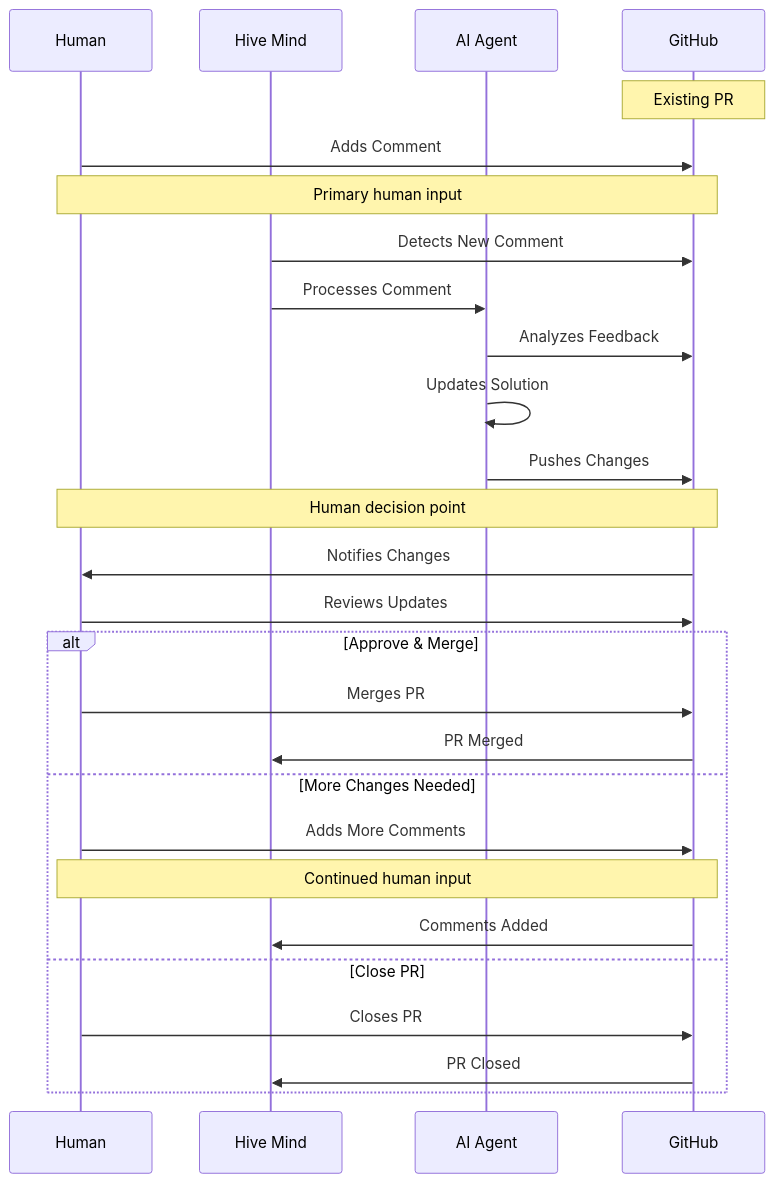
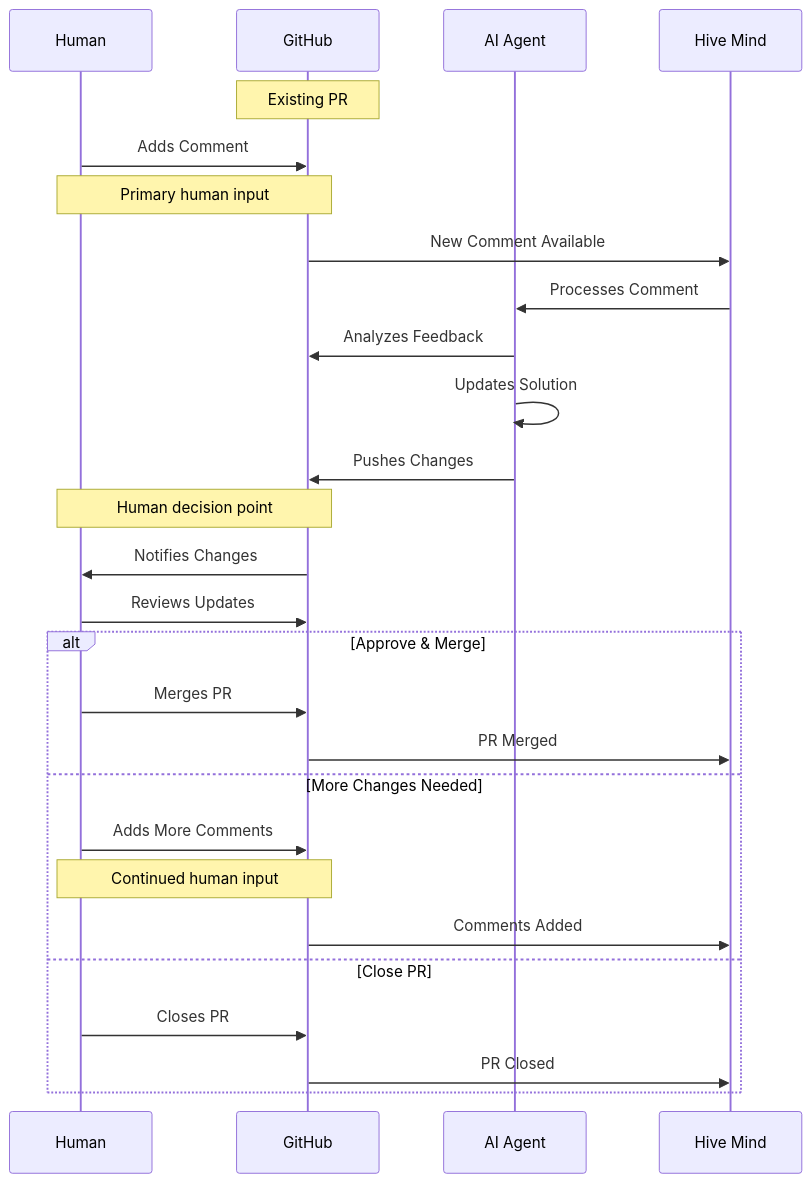
Before and after one commit to PeterMotorniy/auto-programmer: the fourth of 6 diagrams in docs/flow.md, drawn with Mermaid. The commit also changed other lines of this file and 2 other files, not shown here.

Commit message:
Update README.md and FLOW.md documentation
- Remove High-Level System Architecture section from README.md
- Update sequence diagram order in both README.md and flow.md to: Human → GitHub → AI Agent → Hive Mind
- Ensure sequence diagrams correctly represent basic flows in the code

Fixes #246

🤖 Generated with [Claude Code](https://claude.ai/code)

````diff
--- a/docs/flow.md
+++ b/docs/flow.md
@@ -201,33 +201,33 @@
 ```mermaid
 sequenceDiagram
     participant H as Human
+    participant GH as GitHub
+    participant AI as AI Agent
     participant HM as Hive Mind
-    participant AI as AI Agent
-    participant GH as GitHub
 
     Note over GH: Existing PR
     H->>GH: Adds Comment
     Note over H,GH: Primary human input
 
-    HM->>GH: Detects New Comment
+    GH->>HM: New Comment Available
     HM->>AI: Processes Comment
     AI->>GH: Analyzes Feedback
     AI->>AI: Updates Solution
     AI->>GH: Pushes Changes
 
     Note over H,GH: Human decision point
     GH->>H: Notifies Changes
     H->>GH: Reviews Updates
 
     alt Approve & Merge
         H->>GH: Merges PR
         GH->>HM: PR Merged
     else More Changes Needed
         H->>GH: Adds More Comments
         Note over H,GH: Continued human input
         GH->>HM: Comments Added
     else Close PR
         H->>GH: Closes PR
         GH->>HM: PR Closed
     end
 ```
````
